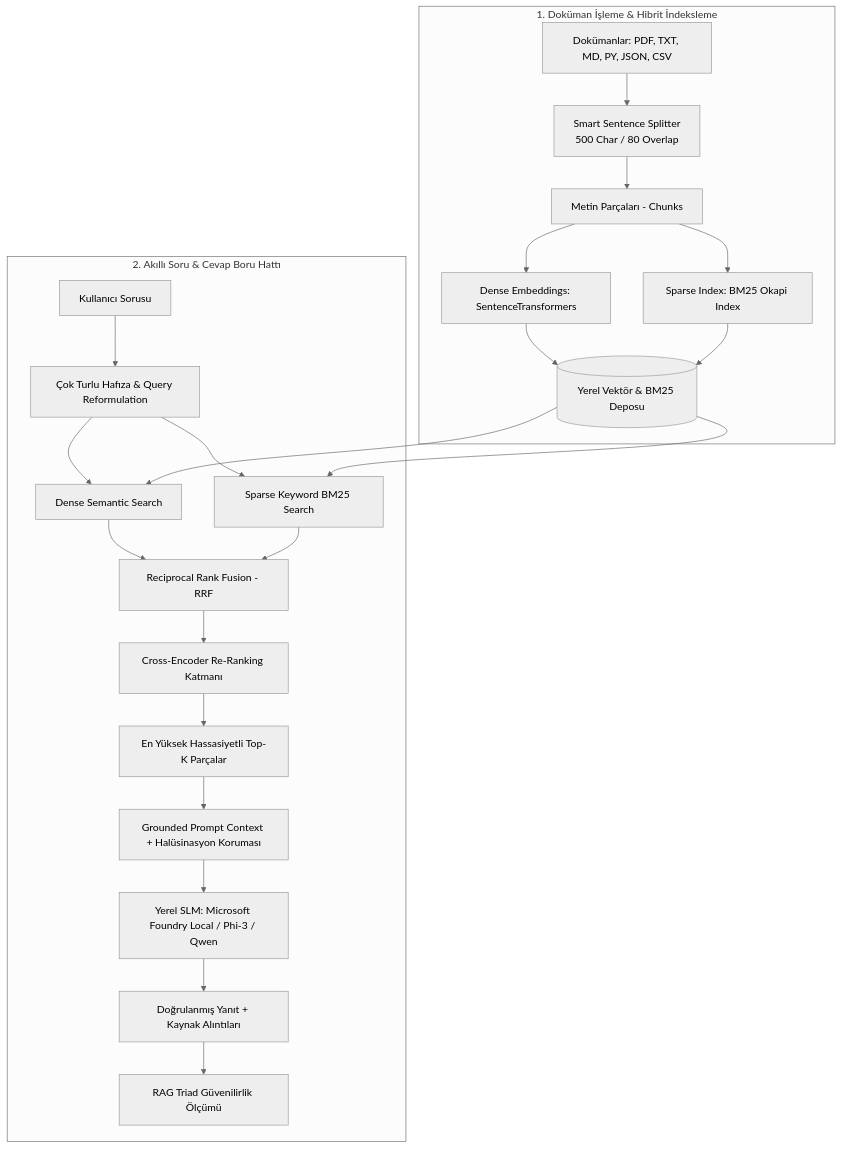
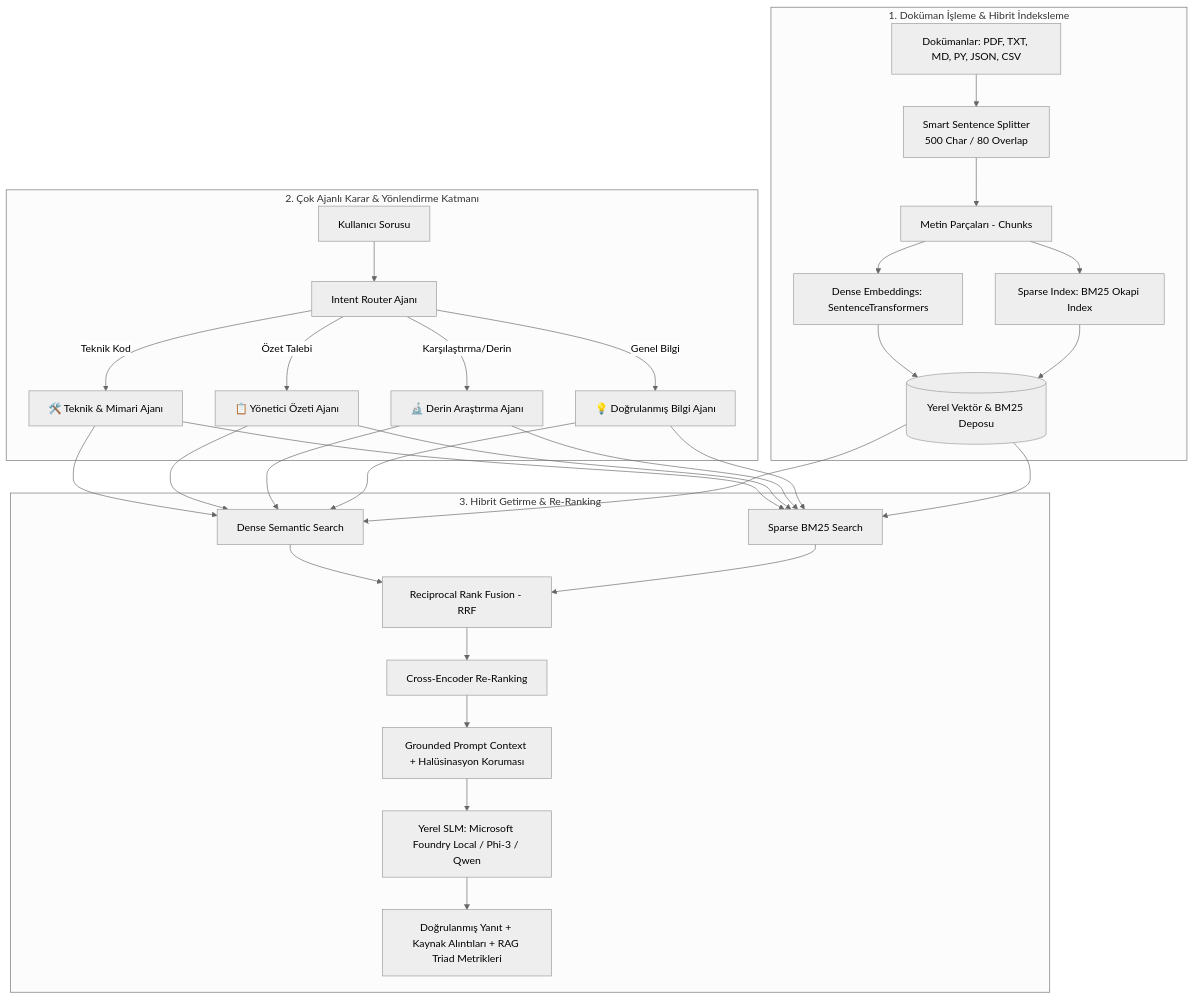
Before and after one commit to mrkeles61/microsoft-foundry-local-rag: the diagram in README.md, drawn with Mermaid (neutral theme). The commit also changed other lines of this file and 8 other files, not shown here.

Commit message:
feat(multi-agent): implement Multi-Agent RAG Ultra with Intent Router, Document Intelligence, Knowledge Graph, and Live Benchmark Suite

````diff
--- a/README.md
+++ b/README.md
@@ -28,27 +39,32 @@
 ```mermaid
 flowchart TD
     subgraph Ingestion ["1. Doküman İşleme & Hibrit İndeksleme"]
         A[Dokümanlar: PDF, TXT, MD, PY, JSON, CSV] --> B[Smart Sentence Splitter\n500 Char / 80 Overlap]
         B --> C[Metin Parçaları - Chunks]
         C --> D1[Dense Embeddings: SentenceTransformers]
         C --> D2[Sparse Index: BM25 Okapi Index]
         D1 --> E[(Yerel Vektör & BM25 Deposu)]
         D2 --> E
     end
 
-    subgraph QueryPipeline ["2. Akıllı Soru & Cevap Boru Hattı"]
-        F[Kullanıcı Sorusu] --> G[Çok Turlu Hafıza & Query Reformulation]
-        G --> H1[Dense Semantic Search]
-        G --> H2[Sparse Keyword BM25 Search]
+    subgraph MultiAgentCore ["2. Çok Ajanlı Karar & Yönlendirme Katmanı"]
+        Q[Kullanıcı Sorusu] --> R[Intent Router Ajanı]
+        R -->|Teknik Kod| AG1[🛠️ Teknik & Mimari Ajanı]
+        R -->|Özet Talebi| AG2[📋 Yönetici Özeti Ajanı]
+        R -->|Karşılaştırma/Derin| AG3[🔬 Derin Araştırma Ajanı]
+        R -->|Genel Bilgi| AG4[💡 Doğrulanmış Bilgi Ajanı]
+    end
+
+    subgraph RetrievalLayer ["3. Hibrit Getirme & Re-Ranking"]
+        AG1 & AG2 & AG3 & AG4 --> H1[Dense Semantic Search]
+        AG1 & AG2 & AG3 & AG4 --> H2[Sparse BM25 Search]
         E --> H1
         E --> H2
         H1 --> RRF[Reciprocal Rank Fusion - RRF]
         H2 --> RRF
-        RRF --> RERANK[Cross-Encoder Re-Ranking Katmanı]
-        RERANK --> TOP[En Yüksek Hassasiyetli Top-K Parçalar]
-        TOP --> PROMPT[Grounded Prompt Context + Halüsinasyon Koruması]
+        RRF --> RERANK[Cross-Encoder Re-Ranking]
+        RERANK --> PROMPT[Grounded Prompt Context + Halüsinasyon Koruması]
         PROMPT --> LLM[Yerel SLM: Microsoft Foundry Local / Phi-3 / Qwen]
-        LLM --> OUT[Doğrulanmış Yanıt + Kaynak Alıntıları]
-        OUT --> EVAL[RAG Triad Güvenilirlik Ölçümü]
+        LLM --> OUT[Doğrulanmış Yanıt + Kaynak Alıntıları + RAG Triad Metrikleri]
     end
 ```
````
